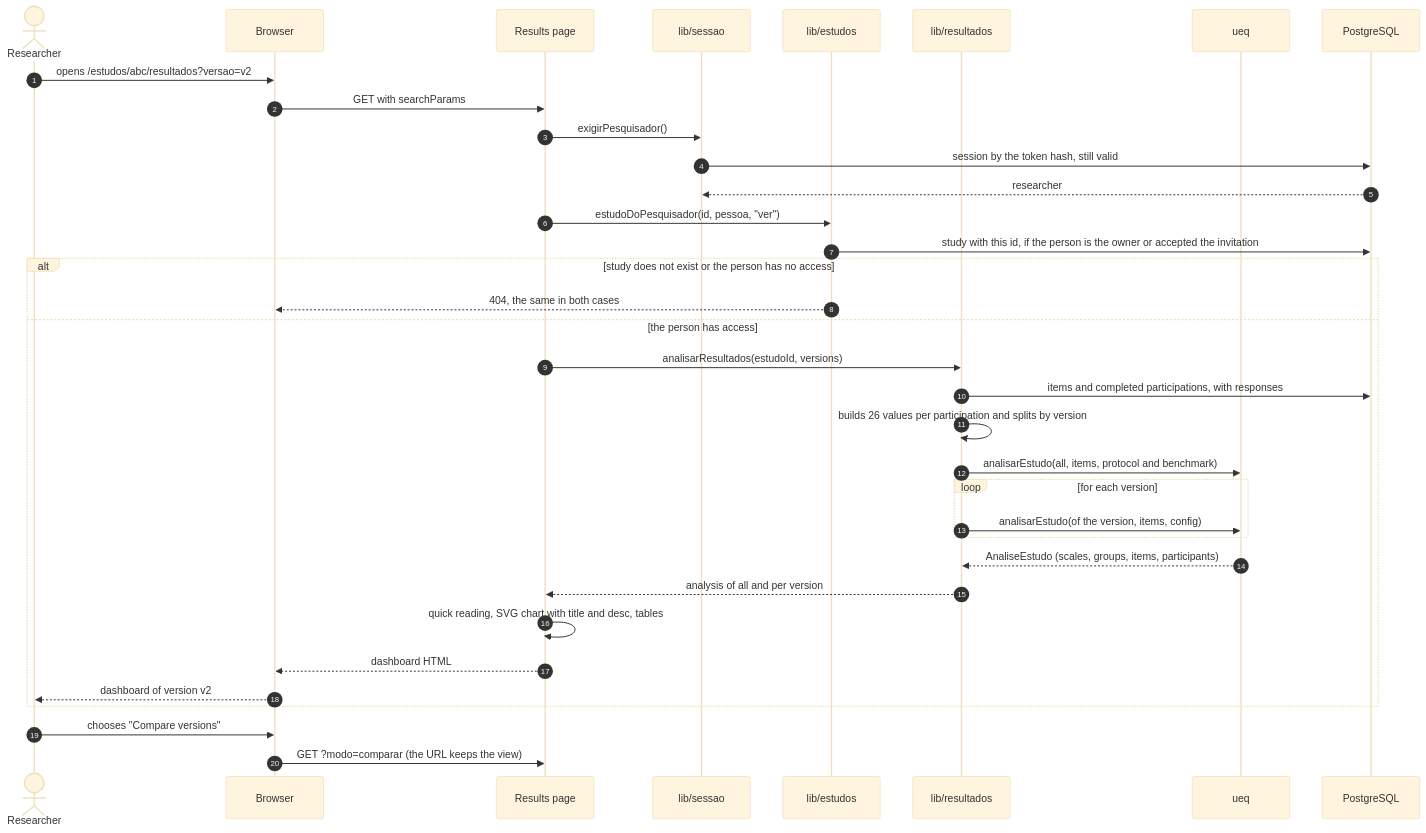
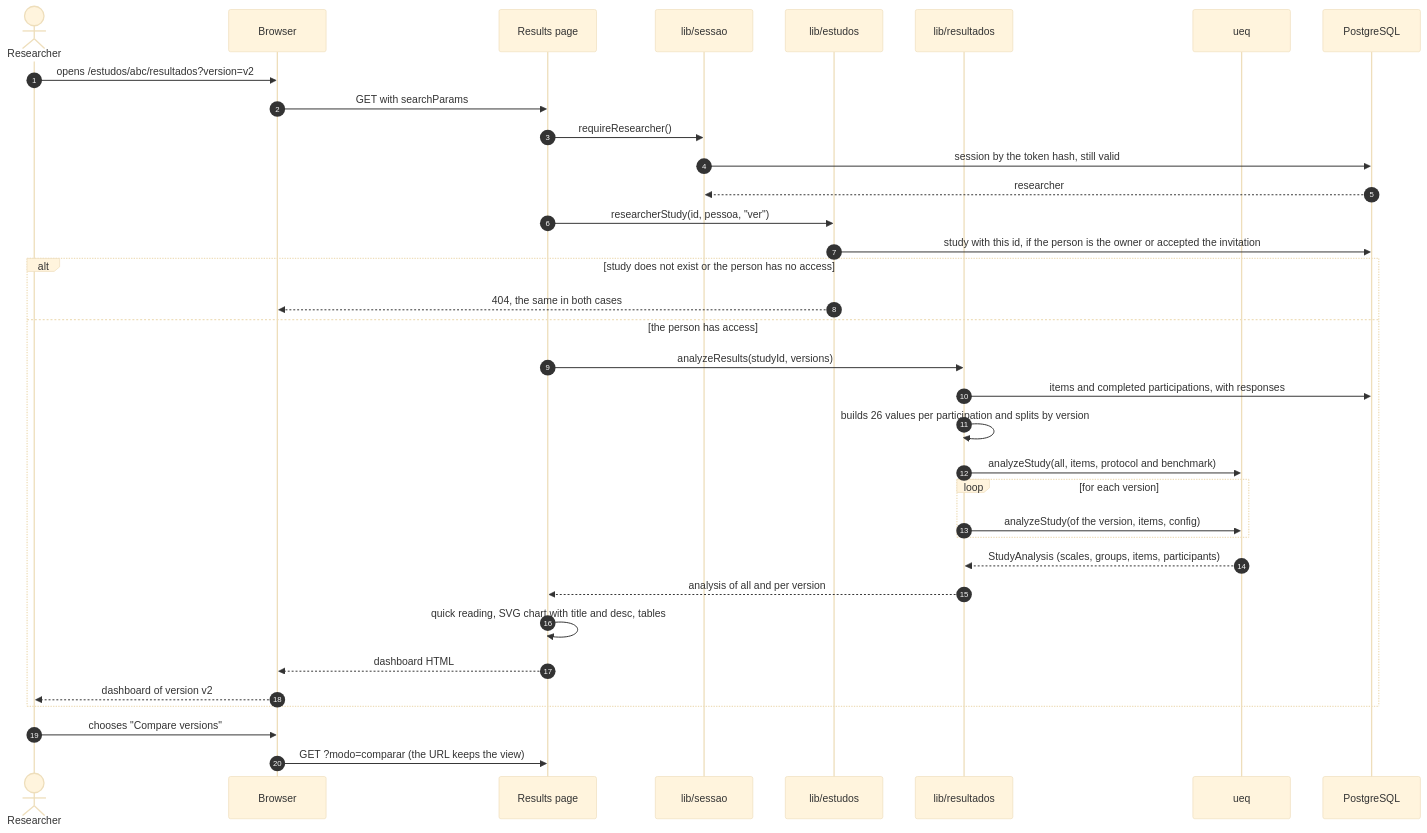
Before and after one commit to gabrielfjm/ueq_form_ihc: the diagram in docs/documentacao/fontes/diagramas-de-sequencia-3.mmd, drawn with Mermaid (base theme). The commit also changed 50 other files, not shown here.

First line of the commit message:
deixa os diagramas inteiramente em inglês, também nos nomes das classes, tabelas e estados

```diff
--- a/docs/documentacao/fontes/diagramas-de-sequencia-3.mmd
+++ b/docs/documentacao/fontes/diagramas-de-sequencia-3.mmd
@@ -1,36 +1,36 @@
 sequenceDiagram
     autonumber
     actor Pesq as Researcher
     participant Nav as Browser
     participant Pag as Results page
-    participant Sessao as lib/sessao
-    participant Estudos as lib/estudos
+    participant Session as lib/sessao
+    participant Studies as lib/estudos
     participant Res as lib/resultados
     participant Ueq as ueq
     participant BD as PostgreSQL
 
-    Pesq->>Nav: opens /estudos/abc/resultados?versao=v2
+    Pesq->>Nav: opens /estudos/abc/resultados?version=v2
     Nav->>Pag: GET with searchParams
-    Pag->>Sessao: exigirPesquisador()
-    Sessao->>BD: session by the token hash, still valid
-    BD-->>Sessao: researcher
-    Pag->>Estudos: estudoDoPesquisador(id, pessoa, "ver")
-    Estudos->>BD: study with this id, if the person is the owner or accepted the invitation
+    Pag->>Session: requireResearcher()
+    Session->>BD: session by the token hash, still valid
+    BD-->>Session: researcher
+    Pag->>Studies: researcherStudy(id, pessoa, "ver")
+    Studies->>BD: study with this id, if the person is the owner or accepted the invitation
     alt study does not exist or the person has no access
-        Estudos-->>Nav: 404, the same in both cases
+        Studies-->>Nav: 404, the same in both cases
     else the person has access
-        Pag->>Res: analisarResultados(estudoId, versions)
+        Pag->>Res: analyzeResults(studyId, versions)
         Res->>BD: items and completed participations, with responses
         Res->>Res: builds 26 values per participation and splits by version
-        Res->>Ueq: analisarEstudo(all, items, protocol and benchmark)
+        Res->>Ueq: analyzeStudy(all, items, protocol and benchmark)
         loop for each version
-            Res->>Ueq: analisarEstudo(of the version, items, config)
+            Res->>Ueq: analyzeStudy(of the version, items, config)
         end
-        Ueq-->>Res: AnaliseEstudo (scales, groups, items, participants)
+        Ueq-->>Res: StudyAnalysis (scales, groups, items, participants)
         Res-->>Pag: analysis of all and per version
         Pag->>Pag: quick reading, SVG chart with title and desc, tables
         Pag-->>Nav: dashboard HTML
         Nav-->>Pesq: dashboard of version v2
     end
     Pesq->>Nav: chooses "Compare versions"
     Nav->>Pag: GET ?modo=comparar (the URL keeps the view)
```
